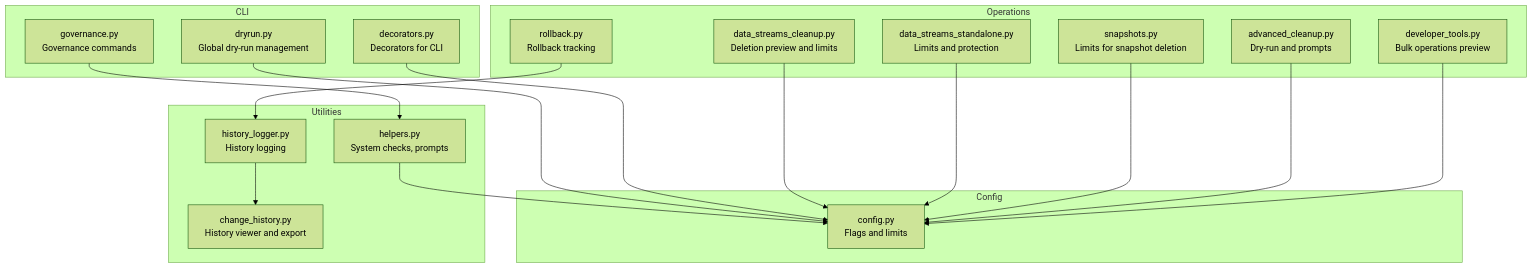
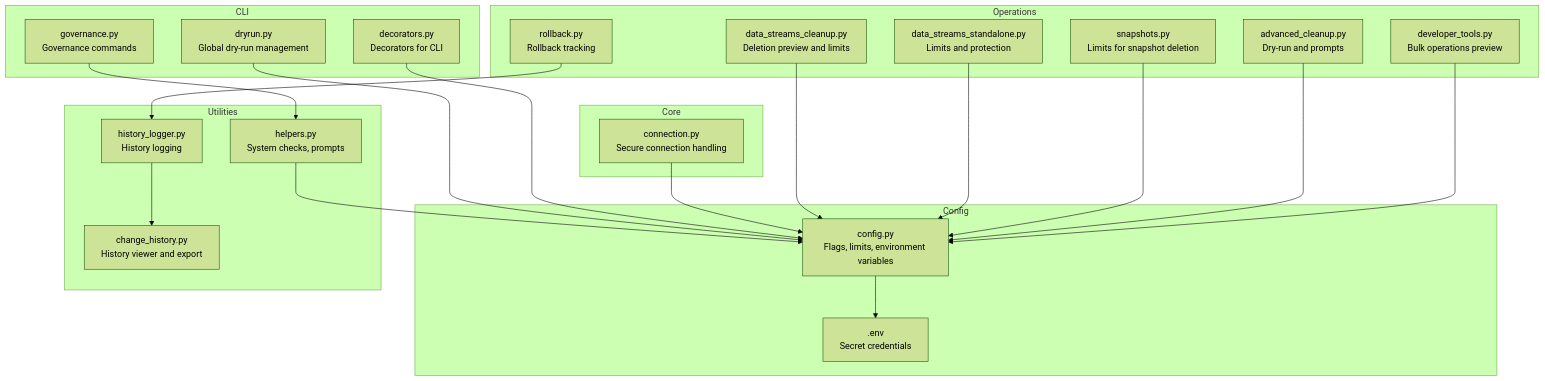
Before and after one commit to austinsonger/elastic-janitor: the first of 12 diagrams in .qoder/repowiki/en/content/Safety and Security Features.md, drawn with Mermaid (forest theme). The commit also changed other lines of this file and 51 other files, not shown here.

````diff
--- a/.qoder/repowiki/en/content/Safety and Security Features.md
+++ b/.qoder/repowiki/en/content/Safety and Security Features.md
@@ -42,35 +52,41 @@
 ```mermaid
 graph TB
 subgraph "CLI"
 DR["dryrun.py<br/>Global dry-run management"]
 GOV["governance.py<br/>Governance commands"]
 DEC["decorators.py<br/>Decorators for CLI"]
 end
 subgraph "Config"
-CFG["config.py<br/>Flags and limits"]
+CFG["config.py<br/>Flags, limits, environment variables"]
+ENV[".env<br/>Secret credentials"]
+end
+subgraph "Core"
+CONN["connection.py<br/>Secure connection handling"]
 end
 subgraph "Utilities"
 HLP["helpers.py<br/>System checks, prompts"]
 HISTLOG["history_logger.py<br/>History logging"]
 CHIST["change_history.py<br/>History viewer and export"]
 end
 subgraph "Operations"
 DSP["data_streams_cleanup.py<br/>Deletion preview and limits"]
 DS_S["data_streams_standalone.py<br/>Limits and protection"]
 SNAP["snapshots.py<br/>Limits for snapshot deletion"]
 ADV["advanced_cleanup.py<br/>Dry-run and prompts"]
 ROLL["rollback.py<br/>Rollback tracking"]
 DEV["developer_tools.py<br/>Bulk operations preview"]
 end
 DR --> CFG
 GOV --> HLP
 DEC --> CFG
+CFG --> ENV
+CONN --> CFG
 HLP --> CFG
 HISTLOG --> CHIST
 DSP --> CFG
 DS_S --> CFG
 SNAP --> CFG
 ADV --> CFG
 ROLL --> HISTLOG
 DEV --> CFG
 ```
````
